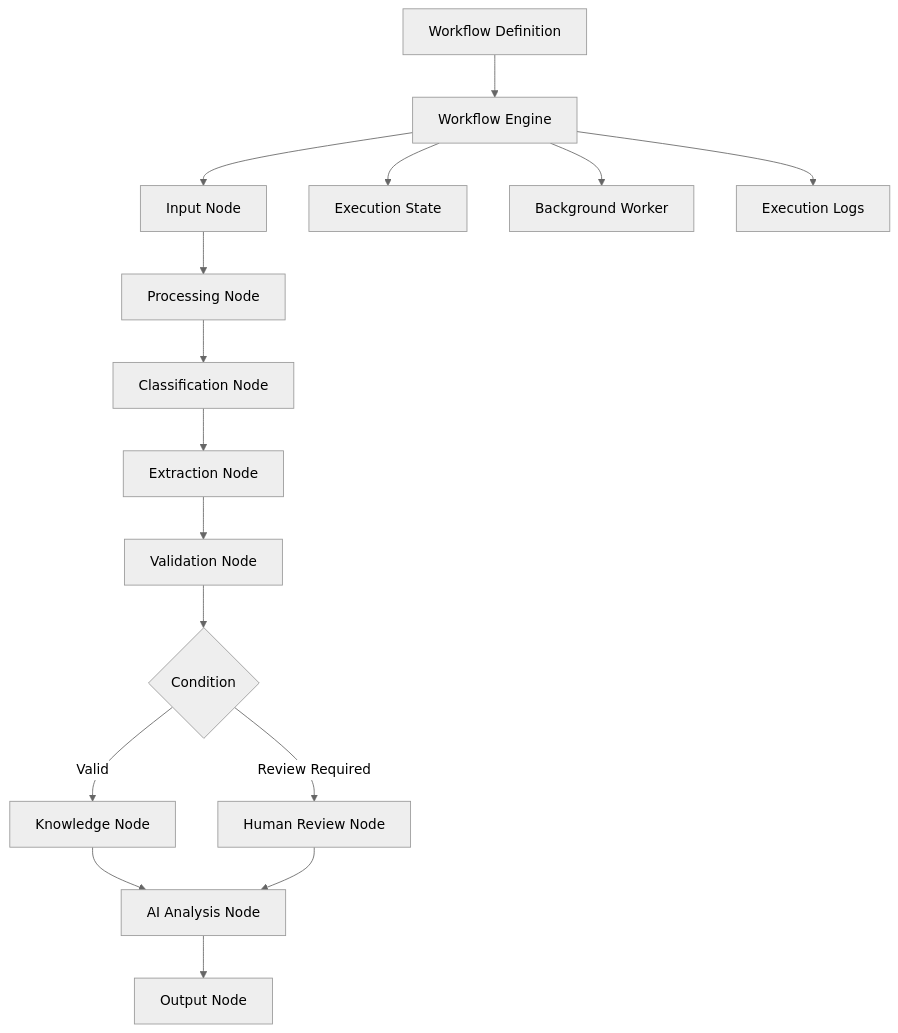
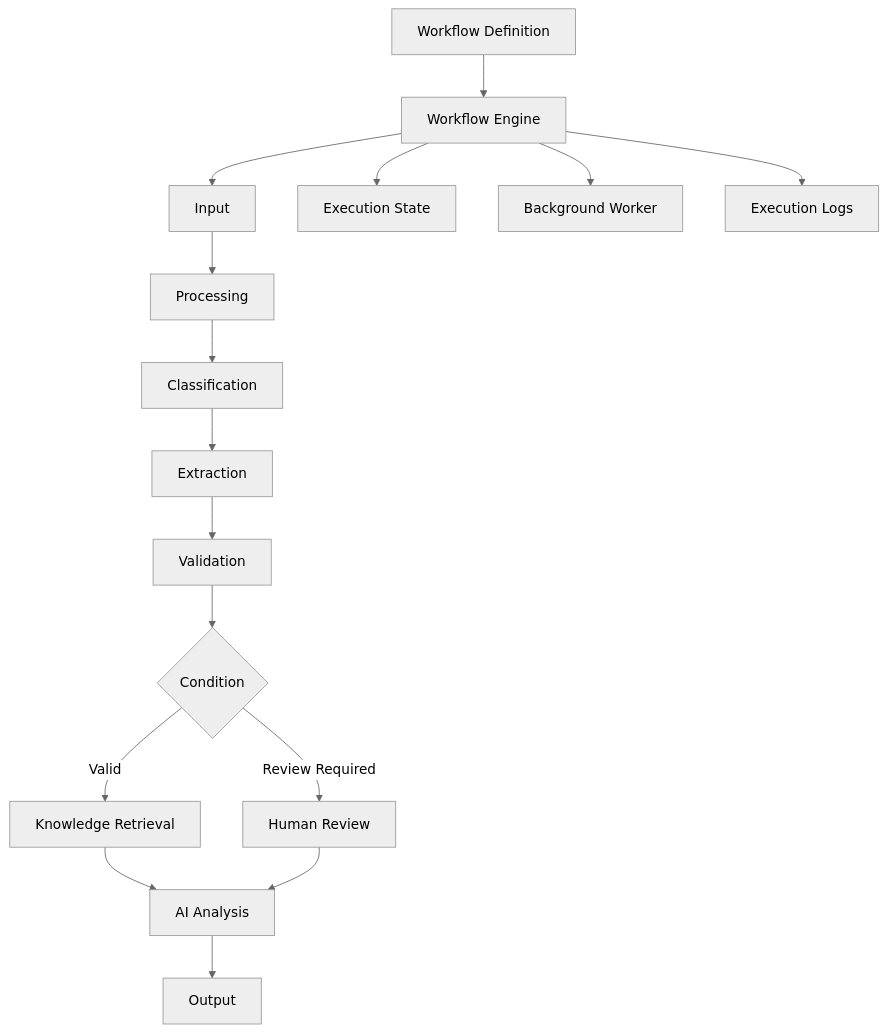
The fifth of 14 diagrams in README.md (garimakumari44/enterprize_ai), drawn with Mermaid (neutral theme) before and after one commit. The commit also changed other lines of this file, not shown here.

Commit message:
Update README with architecture and platform documentation

````diff
--- a/README.md
+++ b/README.md
@@ -323,24 +244,24 @@
 ```mermaid
 flowchart TD
     A[Workflow Definition] --> B[Workflow Engine]
 
-    B --> C[Input Node]
-    C --> D[Processing Node]
-    D --> E[Classification Node]
-    E --> F[Extraction Node]
-    F --> G[Validation Node]
+    B --> C[Input]
+    C --> D[Processing]
+    D --> E[Classification]
+    E --> F[Extraction]
+    F --> G[Validation]
 
     G --> H{Condition}
 
-    H -->|Valid| I[Knowledge Node]
-    H -->|Review Required| J[Human Review Node]
+    H -->|Valid| I[Knowledge Retrieval]
+    H -->|Review Required| J[Human Review]
 
-    I --> K[AI Analysis Node]
+    I --> K[AI Analysis]
     J --> K
 
-    K --> L[Output Node]
+    K --> L[Output]
 
     B --> M[Execution State]
     B --> N[Background Worker]
     B --> O[Execution Logs]
 ```
````
